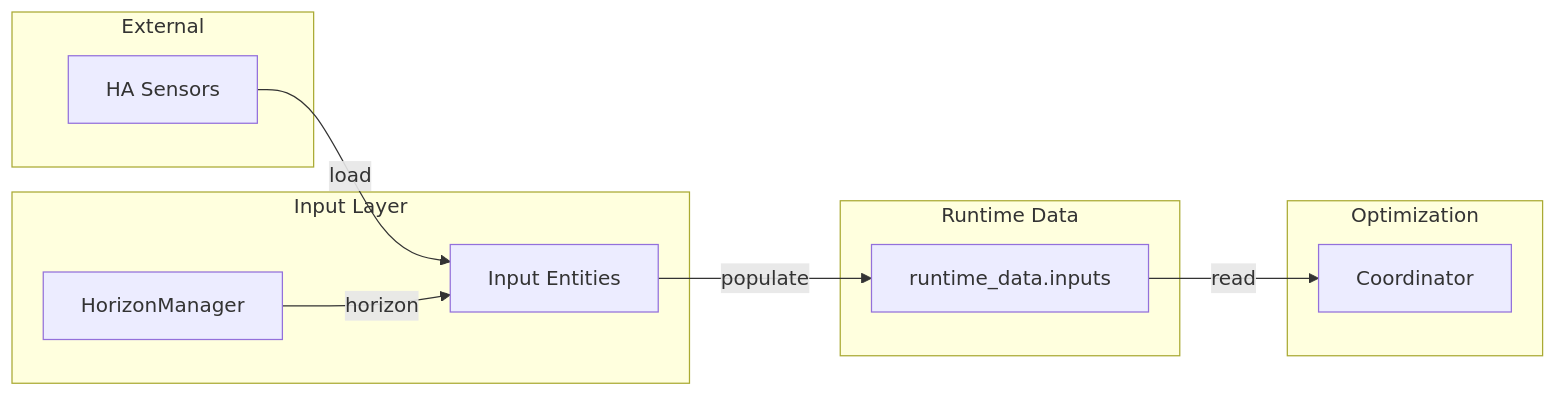
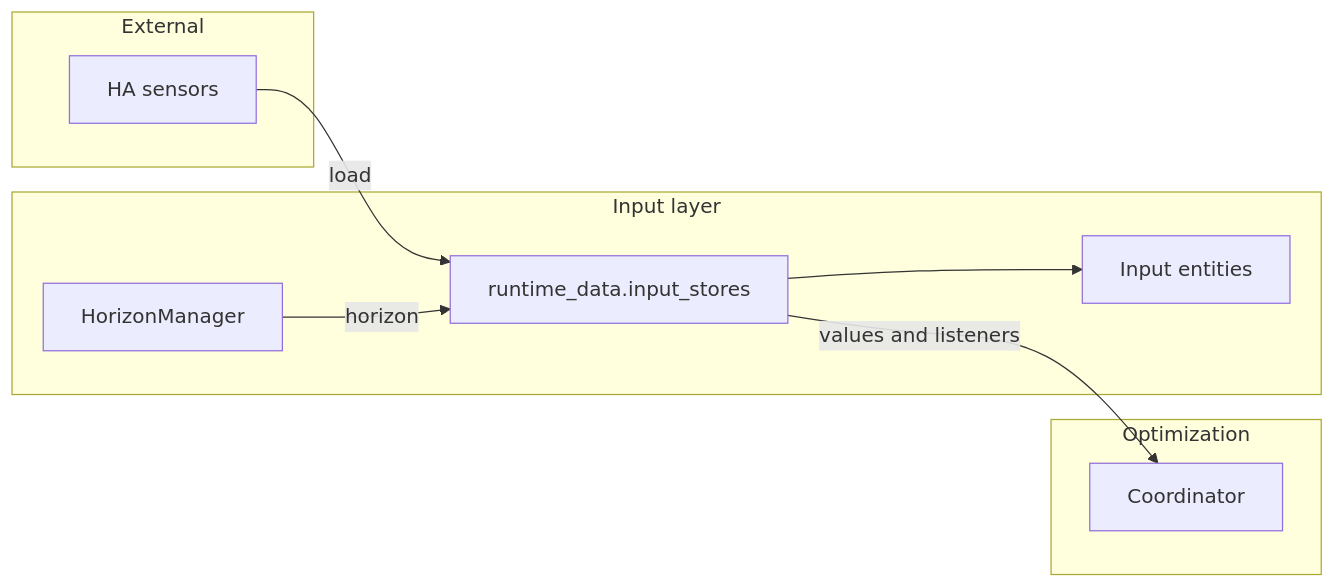
Before and after one commit to hass-energy/haeo: the diagram in docs/developer-guide/inputs.md, drawn with Mermaid. The commit also changed other lines of this file and 52 other files, not shown here.

````diff
--- a/docs/developer-guide/inputs.md
+++ b/docs/developer-guide/inputs.md
@@ -17,24 +17,21 @@
 ```mermaid
 graph LR
     subgraph "External"
-        Sensors[HA Sensors]
+        Sensors[HA sensors]
     end
 
-    subgraph "Input Layer"
-        IE[Input Entities]
+    subgraph "Input layer"
+        Stores[runtime_data.input_stores]
+        IE[Input entities]
         HM[HorizonManager]
-    end
-
-    subgraph "Runtime Data"
-        RD[runtime_data.inputs]
     end
 
     subgraph "Optimization"
         Coord[Coordinator]
     end
 
-    Sensors -->|load| IE
-    HM -->|horizon| IE
-    IE -->|populate| RD
-    RD -->|read| Coord
+    Sensors -->|load| Stores
+    HM -->|horizon| Stores
+    Stores --> IE
+    Stores -->|values and listeners| Coord
 ```
````
